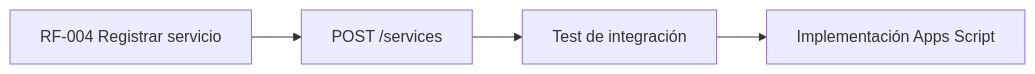
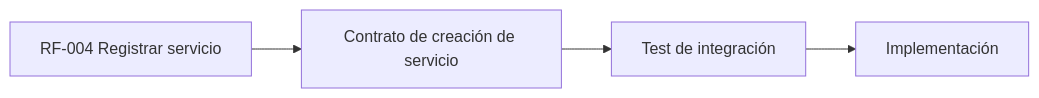
The third of 3 diagrams in docs/05-api.md (balderasalberto/eventos-sociales), drawn with Mermaid before and after one commit. The commit also changed other lines of this file, not shown here.

````diff
--- a/docs/05-api.md
+++ b/docs/05-api.md
@@ -263,6 +265,6 @@
 ```mermaid
 flowchart LR
-    RF[RF-004 Registrar servicio] --> EP[POST /services]
+    RF[RF-004 Registrar servicio] --> EP[Contrato de creación de servicio]
     EP --> TEST[Test de integración]
-    TEST --> CODE[Implementación Apps Script]
+    TEST --> CODE[Implementación]
 ```
````
